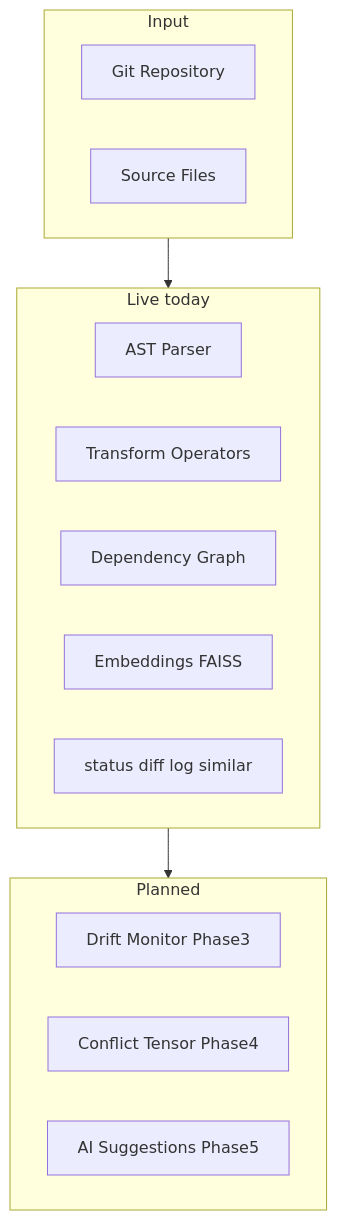
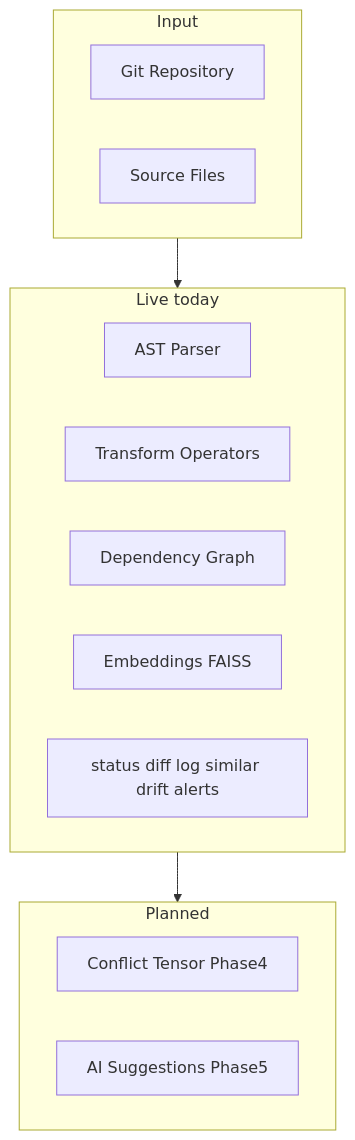
One commit to Sarthak2233/GDSS changed the fifth of 5 diagrams in README.md. Above: the diagram before and after it, drawn with Mermaid. The commit also changed other lines of this file and 107 other files, not shown here.

````diff
--- a/README.md
+++ b/README.md
@@ -367,24 +379,23 @@
 ```mermaid
 flowchart TD
     subgraph Input["Input"]
         Git[Git Repository]
         Files[Source Files]
     end
 
     subgraph Live["Live today"]
         AST[AST Parser]
         TX[Transform Operators]
         Graph[Dependency Graph]
         Embed[Embeddings FAISS]
-        Status[status diff log similar]
+        Status[status diff log similar drift alerts]
     end
 
     subgraph Planned["Planned"]
-        Drift[Drift Monitor Phase3]
         Tensor[Conflict Tensor Phase4]
         Suggest[AI Suggestions Phase5]
     end
 
     Input --> Live
     Live --> Planned
 ```
````
